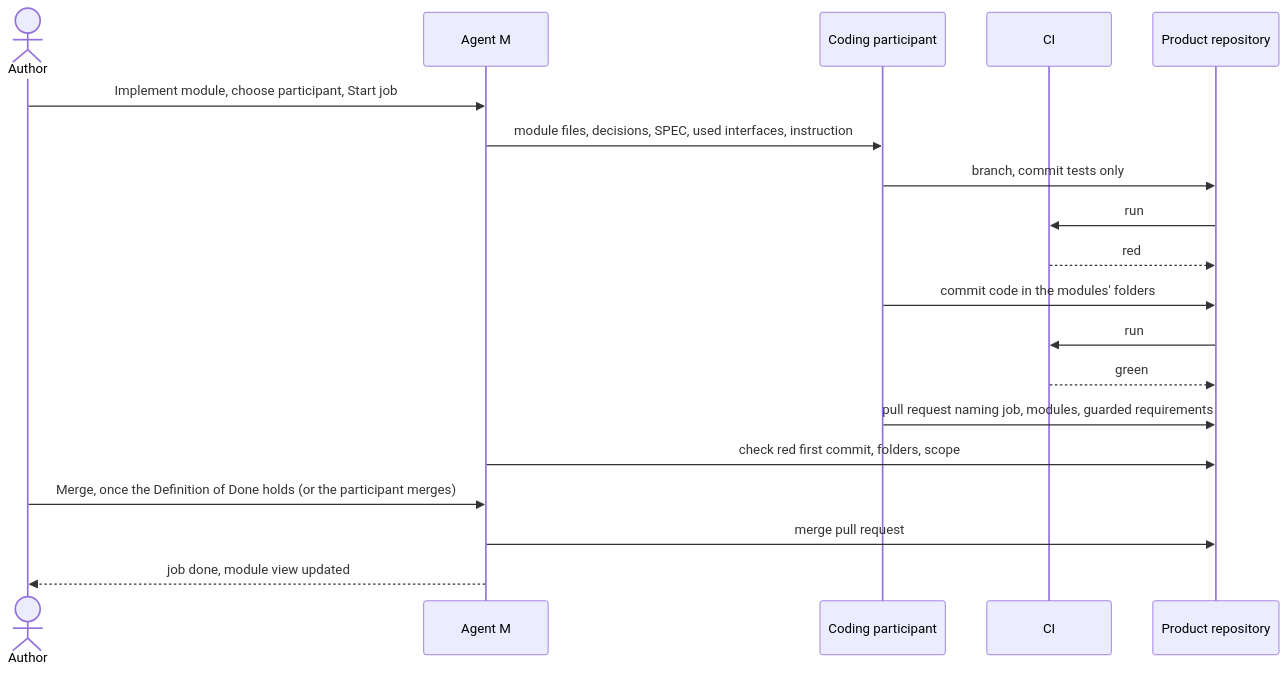
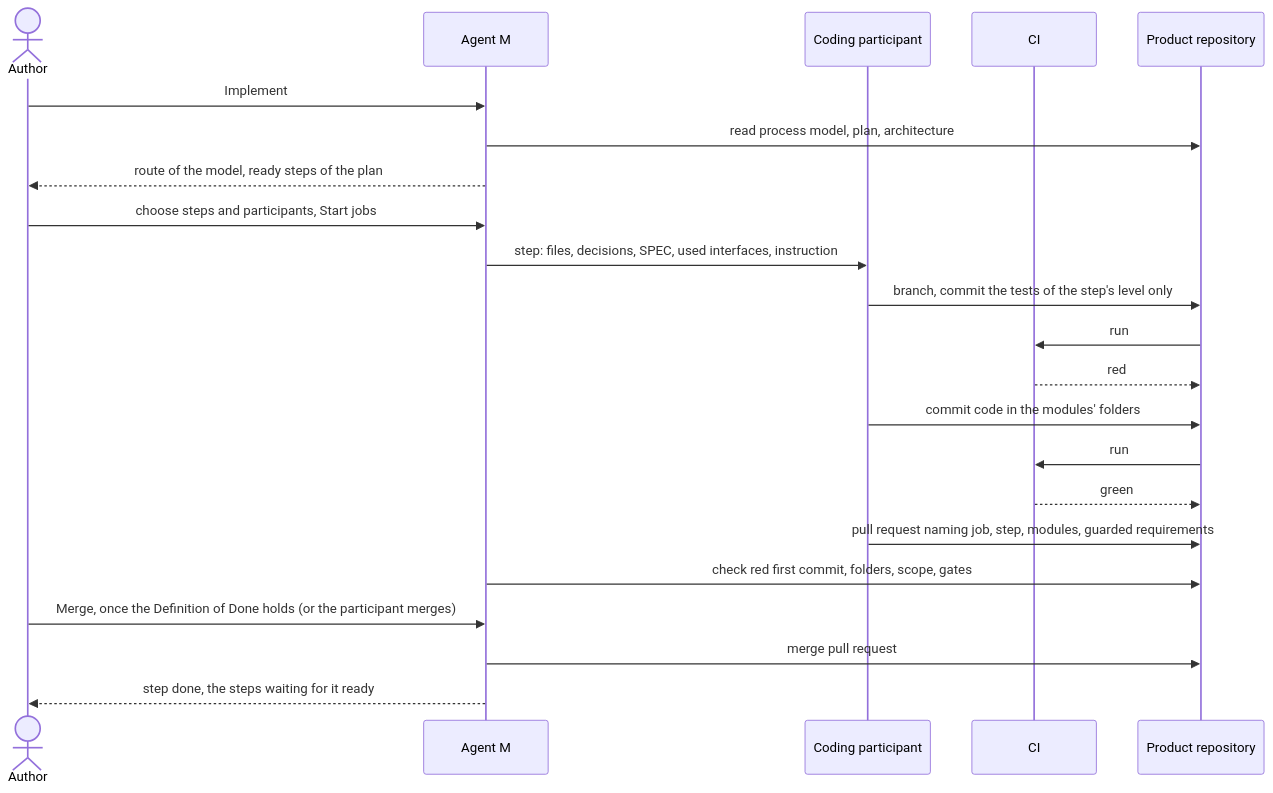
Before and after one commit to akmaier/agent-m: the diagram in docs/use-cases/UC-024-implement-modules.md, drawn with Mermaid. The commit also changed other lines of this file and 12 other files, not shown here.

````diff
--- a/docs/use-cases/UC-024-implement-modules.md
+++ b/docs/use-cases/UC-024-implement-modules.md
@@ -111,21 +149,24 @@
 ```mermaid
 sequenceDiagram
     actor A as Author
     participant M as Agent M
     participant P as Coding participant
     participant C as CI
     participant G as Product repository
-    A->>M: Implement module, choose participant, Start job
-    M->>P: module files, decisions, SPEC, used interfaces, instruction
-    P->>G: branch, commit tests only
+    A->>M: Implement
+    M->>G: read process model, plan, architecture
+    M-->>A: route of the model, ready steps of the plan
+    A->>M: choose steps and participants, Start jobs
+    M->>P: step: files, decisions, SPEC, used interfaces, instruction
+    P->>G: branch, commit the tests of the step's level only
     G->>C: run
     C-->>G: red
     P->>G: commit code in the modules' folders
     G->>C: run
     C-->>G: green
-    P->>G: pull request naming job, modules, guarded requirements
-    M->>G: check red first commit, folders, scope
+    P->>G: pull request naming job, step, modules, guarded requirements
+    M->>G: check red first commit, folders, scope, gates
     A->>M: Merge, once the Definition of Done holds (or the participant merges)
     M->>G: merge pull request
-    M-->>A: job done, module view updated
+    M-->>A: step done, the steps waiting for it ready
 ```
````
